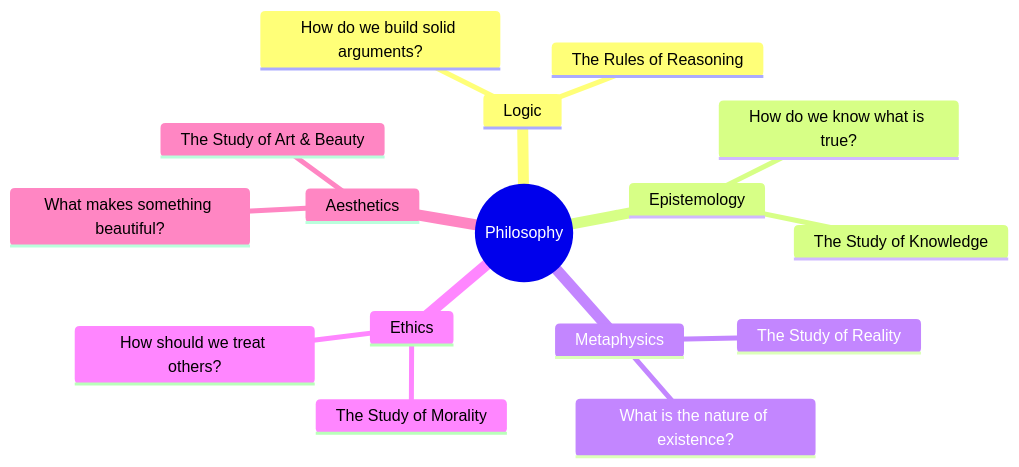
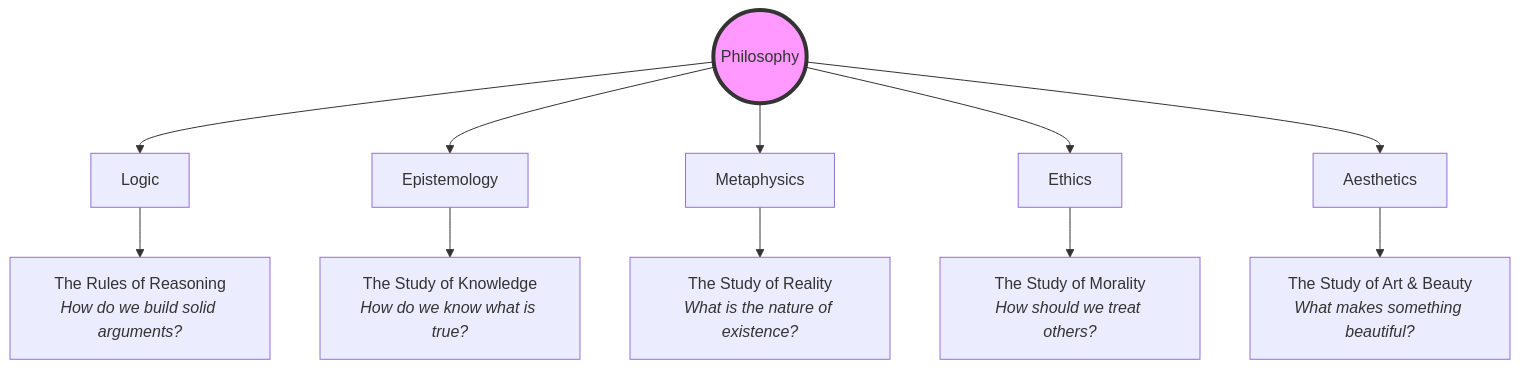
One commit to AtlasRoX/everything101 changed the diagram in humanities-finance-society/Philosophy/Philosophy101.md. Above: the diagram before and after it, drawn with Mermaid. The commit also changed 4 other files, not shown here.

Commit message:
fix: convert unsupported mindmap diagrams to standard flowcharts

````diff
--- a/humanities-finance-society/Philosophy/Philosophy101.md
+++ b/humanities-finance-society/Philosophy/Philosophy101.md
@@ -46,19 +46,16 @@
 ```mermaid
-mindmap
-  root((Philosophy))
-    Logic
-      The Rules of Reasoning
-      How do we build solid arguments?
-    Epistemology
-      The Study of Knowledge
-      How do we know what is true?
-    Metaphysics
-      The Study of Reality
-      What is the nature of existence?
-    Ethics
-      The Study of Morality
-      How should we treat others?
-    Aesthetics
-      The Study of Art & Beauty
-      What makes something beautiful?
+graph TD
+    Root((Philosophy)) --> Logic[Logic]
+    Root --> Epistemology[Epistemology]
+    Root --> Metaphysics[Metaphysics]
+    Root --> Ethics[Ethics]
+    Root --> Aesthetics[Aesthetics]
+
+    Logic --> L1["The Rules of Reasoning<br><i>How do we build solid arguments?</i>"]
+    Epistemology --> Ep1["The Study of Knowledge<br><i>How do we know what is true?</i>"]
+    Metaphysics --> M1["The Study of Reality<br><i>What is the nature of existence?</i>"]
+    Ethics --> Et1["The Study of Morality<br><i>How should we treat others?</i>"]
+    Aesthetics --> Aes1["The Study of Art & Beauty<br><i>What makes something beautiful?</i>"]
+
+    style Root fill:#f9f,stroke:#333,stroke-width:4px
 ```
````
